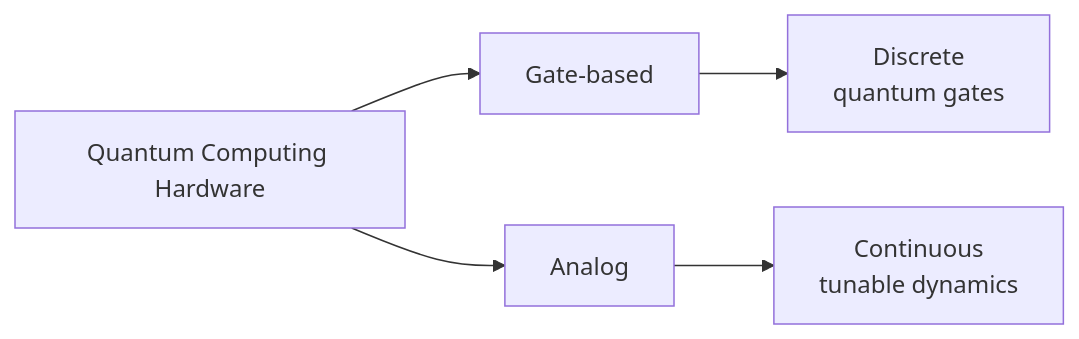
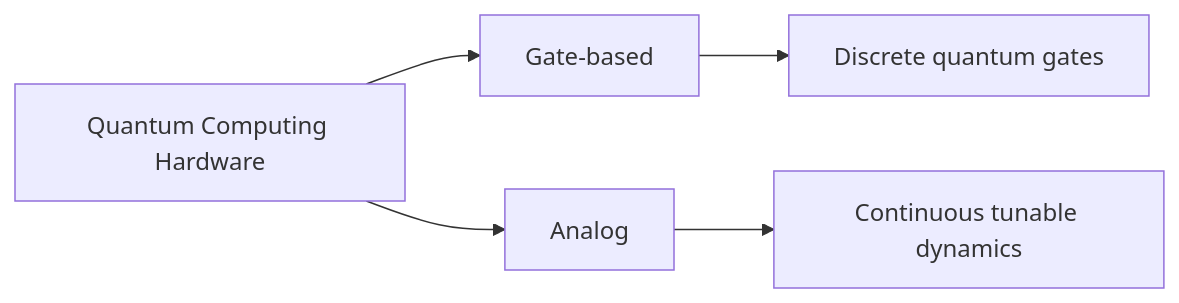
The diagram in lecture-05/hardware-physics-qc.md (ICHEC/qpcc), drawn with Mermaid before and after one commit. The commit also changed other lines of this file, not shown here.

````diff
--- a/lecture-05/hardware-physics-qc.md
+++ b/lecture-05/hardware-physics-qc.md
@@ -808,10 +846,10 @@
 ```{mermaid}
 flowchart LR
     A["Quantum Computing Hardware"]
 
     A --> B["Gate-based"]
     A --> C["Analog"]
 
-    B --> B1["Discrete<br/>quantum gates"]
-    C --> C1["Continuous<br/>tunable dynamics"]
+    B --> B1["Discrete quantum gates"]
+    C --> C1["Continuous tunable dynamics"]
 ```
````
